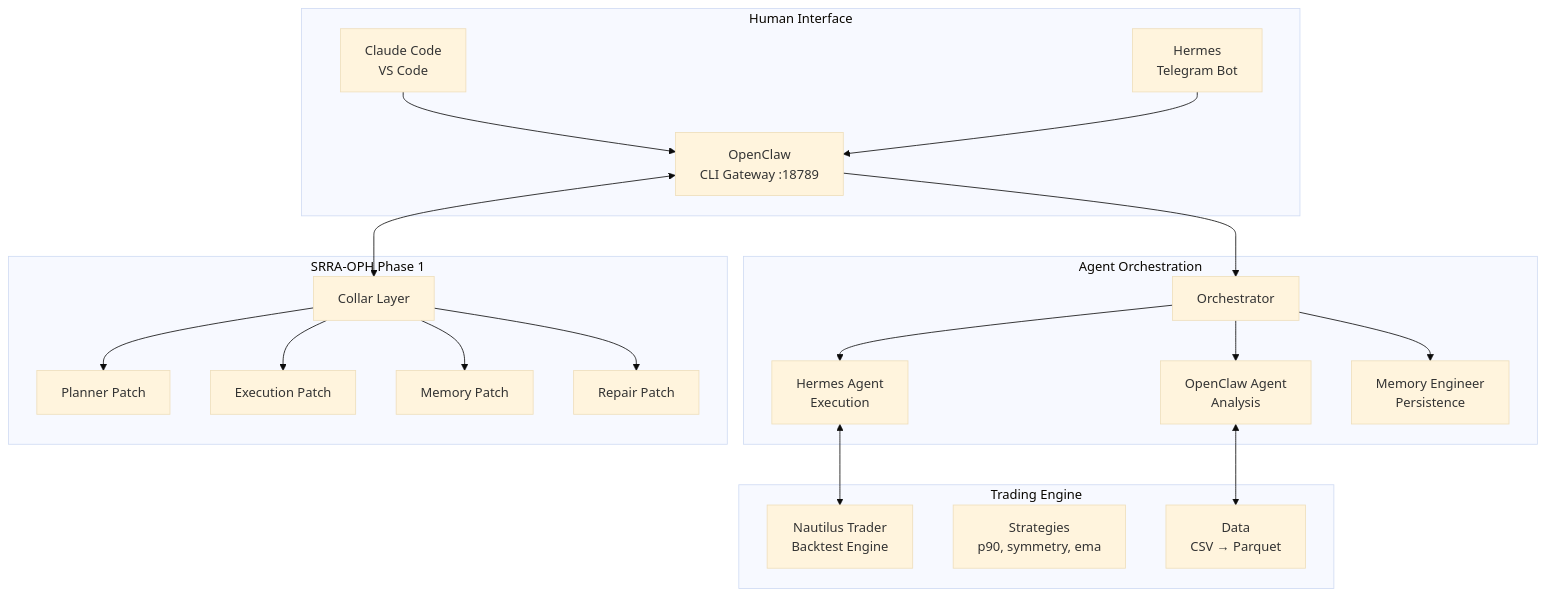
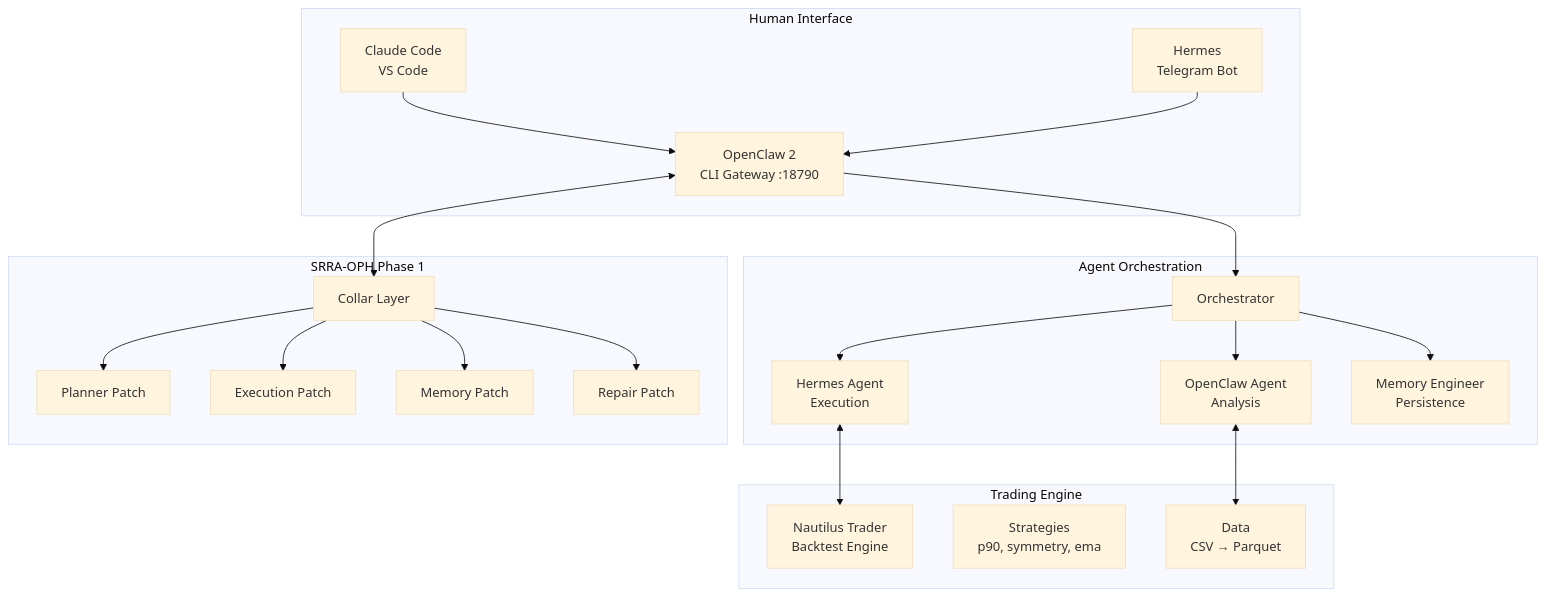
The first of 7 diagrams in CODEMAP.md (dabiggestpoppa/larger-lab), drawn with Mermaid (base theme) before and after one commit. The commit also changed 204 other files, not shown here.

````diff
--- a/CODEMAP.md
+++ b/CODEMAP.md
@@ -54,31 +54,31 @@
 ```mermaid
 graph TB
     subgraph "Human Interface"
-        A[Claude Code<br/>VS Code] --> B[OpenClaw<br/>CLI Gateway :18789]
+        A[Claude Code<br/>VS Code] --> B[OpenClaw 2<br/>CLI Gateway :18790]
         C[Hermes<br/>Telegram Bot] --> B
     end
 
     subgraph "Agent Orchestration"
         B --> D[Orchestrator]
         D --> E[Hermes Agent<br/>Execution]
         D --> F[OpenClaw Agent<br/>Analysis]
         D --> G[Memory Engineer<br/>Persistence]
     end
 
     subgraph "SRRA-OPH Phase 1"
         H[Collar Layer] --> I[Planner Patch]
         H --> J[Execution Patch]
         H --> K[Memory Patch]
         H --> L[Repair Patch]
     end
 
     subgraph "Trading Engine"
         M[Nautilus Trader<br/>Backtest Engine]
         N[Strategies<br/>p90, symmetry, ema]
         O[Data<br/>CSV → Parquet]
     end
 
     B <--> H
     E <--> M
     F <--> O
 ```
````
